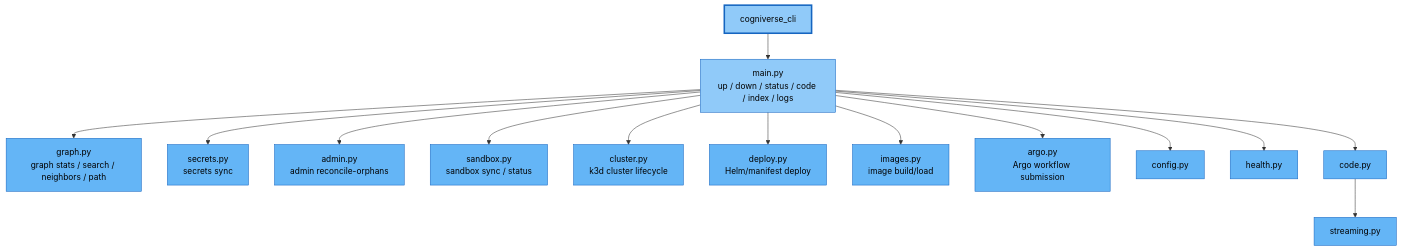
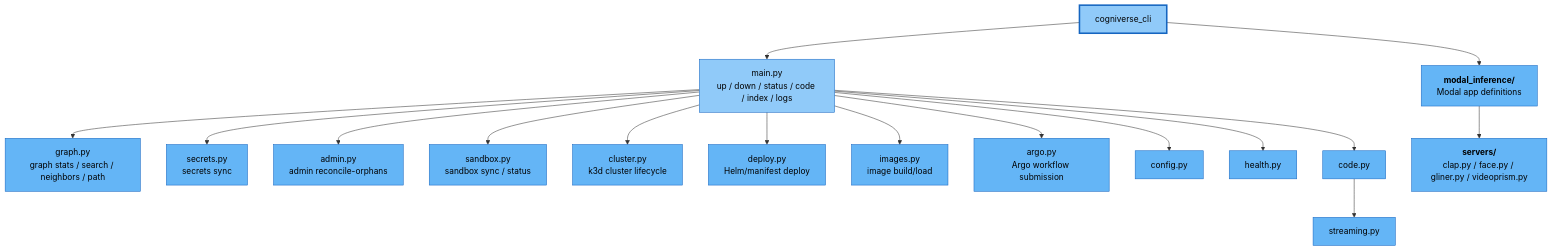
Before and after one commit to amit-jain/cogniverse: diagram 15 of 27 in docs/diagrams/sdk-architecture-diagrams.md, drawn with Mermaid. The commit also changed other lines of this file and 292 other files, not shown here.

````diff
--- a/docs/diagrams/sdk-architecture-diagrams.md
+++ b/docs/diagrams/sdk-architecture-diagrams.md
@@ -947,47 +938,53 @@
 ```mermaid
 flowchart TB
     CliPkg["<span style='color:#000'>cogniverse_cli</span>"]
 
     MainCli["<span style='color:#000'>main.py<br/>up / down / status / code / index / logs</span>"]
     GraphGroup["<span style='color:#000'>graph.py<br/>graph stats / search / neighbors / path</span>"]
     SecretsGroup["<span style='color:#000'>secrets.py<br/>secrets sync</span>"]
     AdminGroup["<span style='color:#000'>admin.py<br/>admin reconcile-orphans</span>"]
     SandboxGroup["<span style='color:#000'>sandbox.py<br/>sandbox sync / status</span>"]
     ClusterMod["<span style='color:#000'>cluster.py<br/>k3d cluster lifecycle</span>"]
     DeployMod["<span style='color:#000'>deploy.py<br/>Helm/manifest deploy</span>"]
     ImagesMod["<span style='color:#000'>images.py<br/>image build/load</span>"]
     ArgoMod["<span style='color:#000'>argo.py<br/>Argo workflow submission</span>"]
     ConfigMod["<span style='color:#000'>config.py</span>"]
     HealthMod["<span style='color:#000'>health.py</span>"]
     StreamingMod["<span style='color:#000'>streaming.py</span>"]
     CodeMod["<span style='color:#000'>code.py</span>"]
+    ModalInference["<span style='color:#000'><b>modal_inference/</b><br/>Modal app definitions</span>"]
+    ModalServers["<span style='color:#000'><b>servers/</b><br/>clap.py / face.py / gliner.py / videoprism.py</span>"]
 
     CliPkg --> MainCli
     MainCli --> GraphGroup
     MainCli --> SecretsGroup
     MainCli --> AdminGroup
     MainCli --> SandboxGroup
     MainCli --> ClusterMod
     MainCli --> DeployMod
     MainCli --> ImagesMod
     MainCli --> ArgoMod
     MainCli --> ConfigMod
     MainCli --> HealthMod
     MainCli --> CodeMod
     CodeMod --> StreamingMod
+    CliPkg --> ModalInference
+    ModalInference --> ModalServers
 
     style CliPkg fill:#90caf9,stroke:#1565c0,stroke-width:3px,color:#000
     style MainCli fill:#90caf9,stroke:#1565c0,color:#000
     style GraphGroup fill:#64b5f6,stroke:#1565c0,color:#000
     style SecretsGroup fill:#64b5f6,stroke:#1565c0,color:#000
     style AdminGroup fill:#64b5f6,stroke:#1565c0,color:#000
     style SandboxGroup fill:#64b5f6,stroke:#1565c0,color:#000
     style ClusterMod fill:#64b5f6,stroke:#1565c0,color:#000
     style DeployMod fill:#64b5f6,stroke:#1565c0,color:#000
     style ImagesMod fill:#64b5f6,stroke:#1565c0,color:#000
     style ArgoMod fill:#64b5f6,stroke:#1565c0,color:#000
     style ConfigMod fill:#64b5f6,stroke:#1565c0,color:#000
     style HealthMod fill:#64b5f6,stroke:#1565c0,color:#000
     style StreamingMod fill:#64b5f6,stroke:#1565c0,color:#000
     style CodeMod fill:#64b5f6,stroke:#1565c0,color:#000
+    style ModalInference fill:#64b5f6,stroke:#1565c0,color:#000
+    style ModalServers fill:#64b5f6,stroke:#1565c0,color:#000
 ```
````
